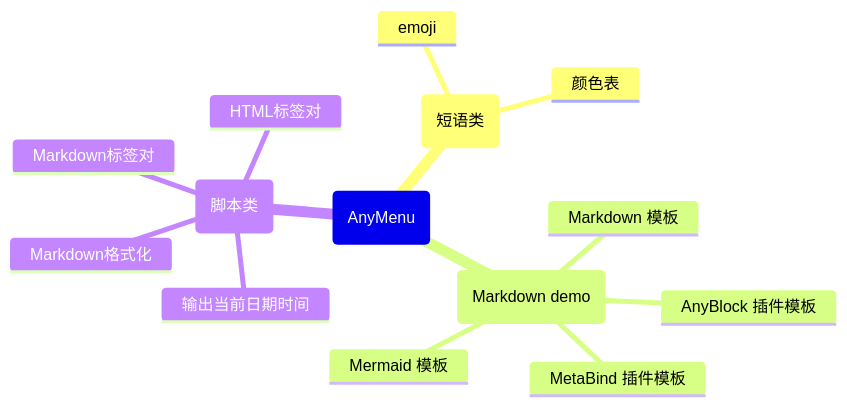
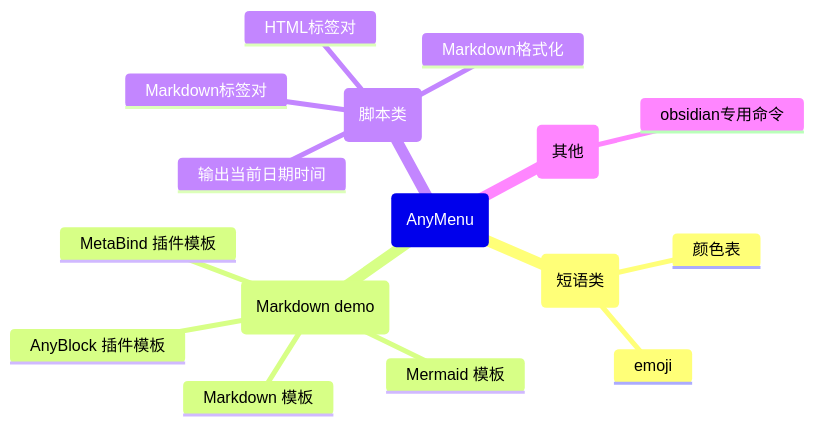
Before and after one commit to any-menu/any-menu: the diagram in README.md, drawn with Mermaid. The commit also changed 4 other files, not shown here.

````diff
--- a/README.md
+++ b/README.md
@@ -69,17 +69,19 @@
 ```mermaid
 mindmap
   root(AnyMenu)
     (短语类)
       emoji
       颜色表
     (Markdown demo)
       Markdown 模板
       Mermaid 模板
       AnyBlock 插件模板
       MetaBind 插件模板
     (脚本类)
       输出当前日期时间
       Markdown格式化
       Markdown标签对
       HTML标签对
+    (其他)
+      obsidian专用命令
 ```
````
